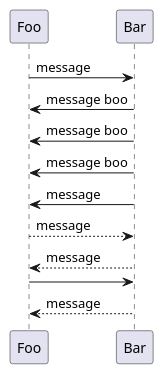
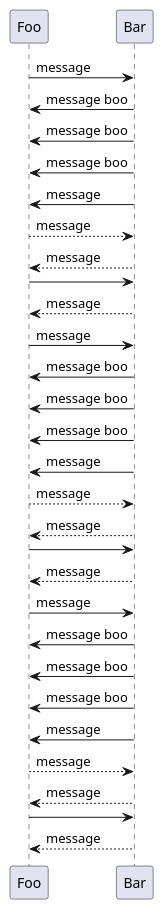
One commit to zhvrnkov/plantuml-parser changed the diagram in test_calls.puml. Above: the diagram before and after it, drawn with PlantUML. The commit also changed other lines of this file and 1 other file, not shown here.

```diff
--- a/test_calls.puml
+++ b/test_calls.puml
@@ -1,9 +1,35 @@
 Foo -> Bar : message
 Bar->Foo:message boo
 Bar->Foo: message boo
 Bar->Foo:message boo
 Foo <- Bar : message
 Foo --> Bar : message
 Foo <-- Bar : message
 Foo->Bar
 Foo <-- Bar : message
+
+Foo -> Bar : message
+Bar->Foo:message boo
+Bar->Foo: message boo
+Bar->Foo:message boo
+Foo <- Bar : message
+Foo --> Bar : message
+Foo <-- Bar : message
+Foo->Bar
+Foo <-- Bar : message
+
+
+Foo -> Bar : message
+
+Bar->Foo:message boo
+Bar->Foo: message boo
+Bar->Foo:message boo
+
+
+
+Foo <- Bar : message
+Foo --> Bar : message
+Foo <-- Bar : message
+
+Foo->Bar
+Foo <-- Bar : message
```
